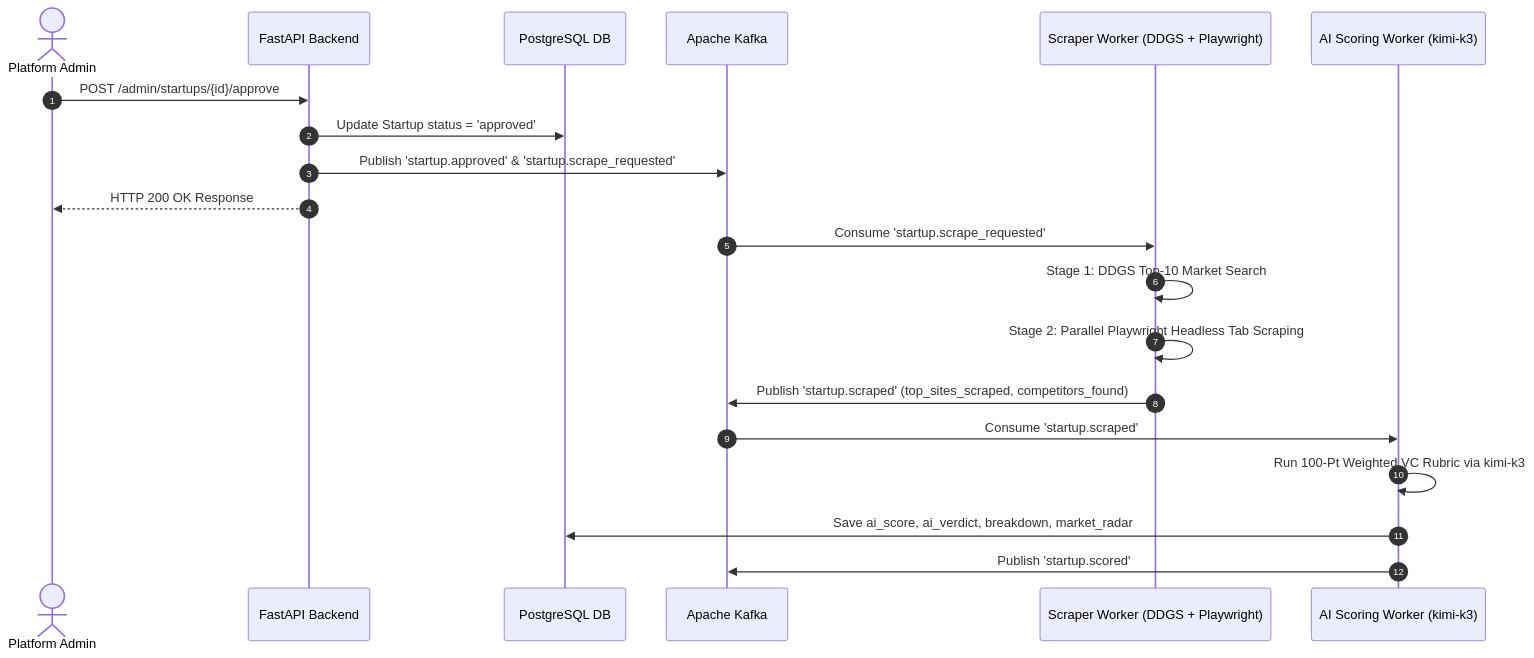
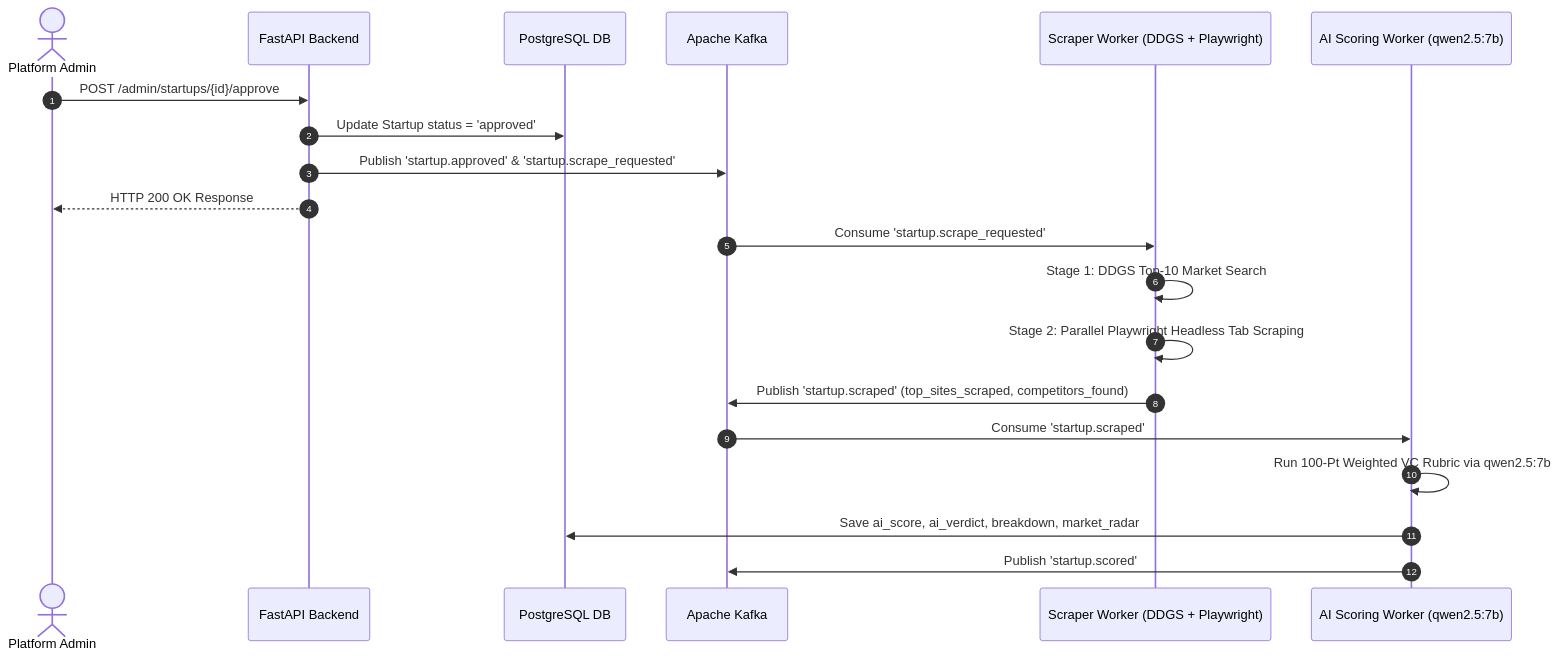
Before and after one commit to AadithyaNayakV/Startup-Foundary: the second of 4 diagrams in Architecture.md, drawn with Mermaid. The commit also changed 31 other files, not shown here.

````diff
--- a/Architecture.md
+++ b/Architecture.md
@@ -48,25 +48,25 @@
 ```mermaid
 sequenceDiagram
     autonumber
     actor Admin as Platform Admin
     participant API as FastAPI Backend
     participant DB as PostgreSQL DB
     participant Kafka as Apache Kafka
     participant Scraper as Scraper Worker (DDGS + Playwright)
-    participant Scorer as AI Scoring Worker (kimi-k3)
+    participant Scorer as AI Scoring Worker (qwen2.5:7b)
 
     Admin->>API: POST /admin/startups/{id}/approve
     API->>DB: Update Startup status = 'approved'
     API->>Kafka: Publish 'startup.approved' & 'startup.scrape_requested'
     API-->>Admin: HTTP 200 OK Response
 
     Kafka->>Scraper: Consume 'startup.scrape_requested'
     Scraper->>Scraper: Stage 1: DDGS Top-10 Market Search
     Scraper->>Scraper: Stage 2: Parallel Playwright Headless Tab Scraping
     Scraper->>Kafka: Publish 'startup.scraped' (top_sites_scraped, competitors_found)
 
     Kafka->>Scorer: Consume 'startup.scraped'
-    Scorer->>Scorer: Run 100-Pt Weighted VC Rubric via kimi-k3
+    Scorer->>Scorer: Run 100-Pt Weighted VC Rubric via qwen2.5:7b
     Scorer->>DB: Save ai_score, ai_verdict, breakdown, market_radar
     Scorer->>Kafka: Publish 'startup.scored'
 ```
````
